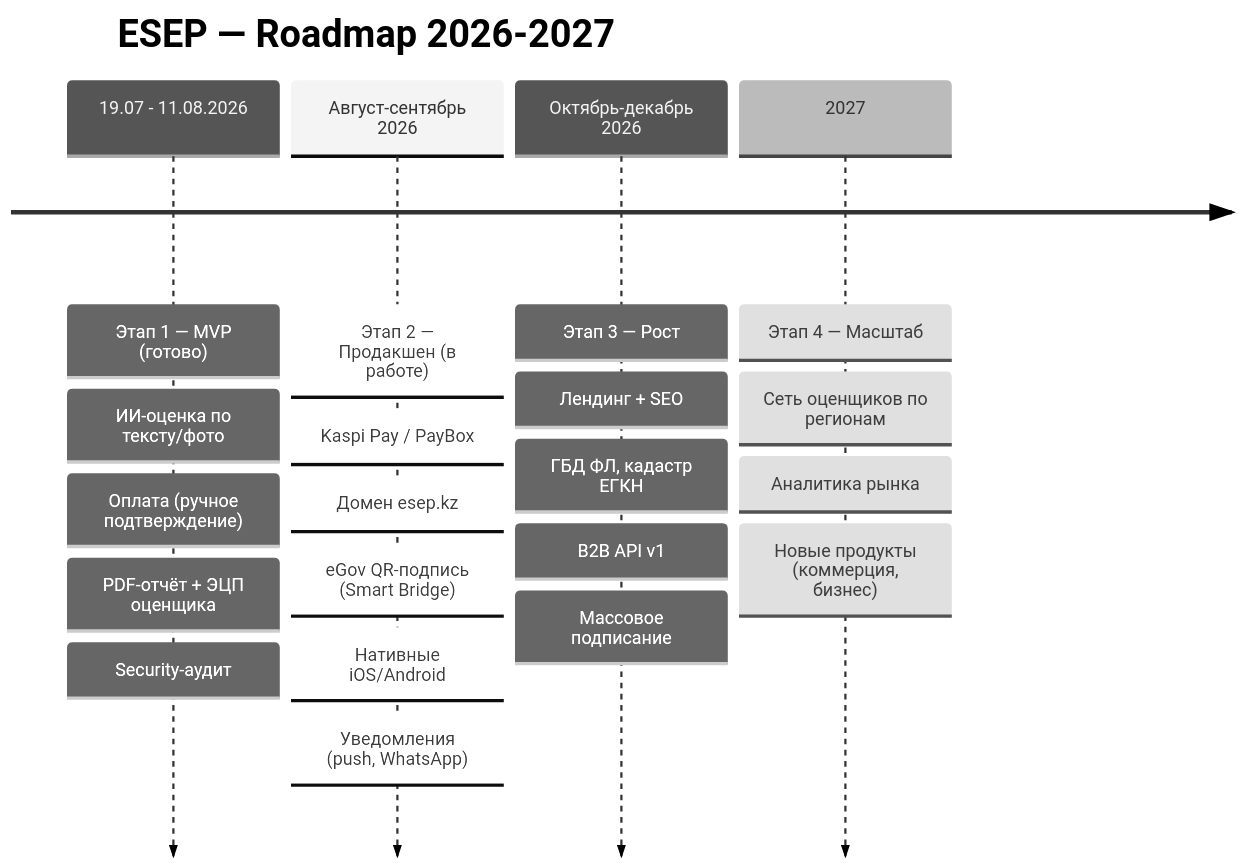
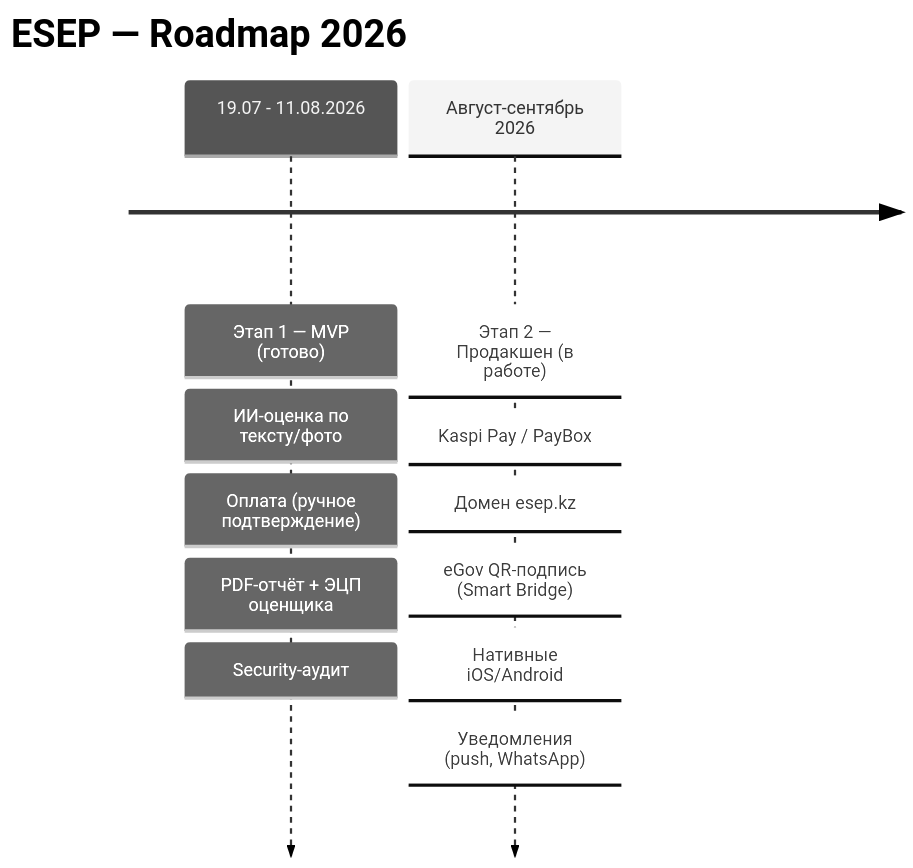
The fifth of 7 diagrams in TZ/Roadmap.md (arcnosixta/esep-web), drawn with Mermaid (neutral theme) before and after one commit. The commit also changed other lines of this file and 1 other file, not shown here.

Commit message:
docs: Roadmap — клиенты web+app (единый Flutter), убраны Этапы 3-4 (после сентября)

````diff
--- a/TZ/Roadmap.md
+++ b/TZ/Roadmap.md
@@ -112,24 +117,15 @@
 ```mermaid
 timeline
-    title ESEP — Roadmap 2026-2027
+    title ESEP — Roadmap 2026
     19.07 - 11.08.2026 : Этап 1 — MVP (готово)
                        : ИИ-оценка по тексту/фото
                        : Оплата (ручное подтверждение)
                        : PDF-отчёт + ЭЦП оценщика
                        : Security-аудит
     Август-сентябрь 2026 : Этап 2 — Продакшен (в работе)
                          : Kaspi Pay / PayBox
                          : Домен esep.kz
                          : eGov QR-подпись (Smart Bridge)
                          : Нативные iOS/Android
                          : Уведомления (push, WhatsApp)
-    Октябрь-декабрь 2026 : Этап 3 — Рост
-                         : Лендинг + SEO
-                         : ГБД ФЛ, кадастр ЕГКН
-                         : B2B API v1
-                         : Массовое подписание
-    2027 : Этап 4 — Масштаб
-         : Сеть оценщиков по регионам
-         : Аналитика рынка
-         : Новые продукты (коммерция, бизнес)
 ```
````
